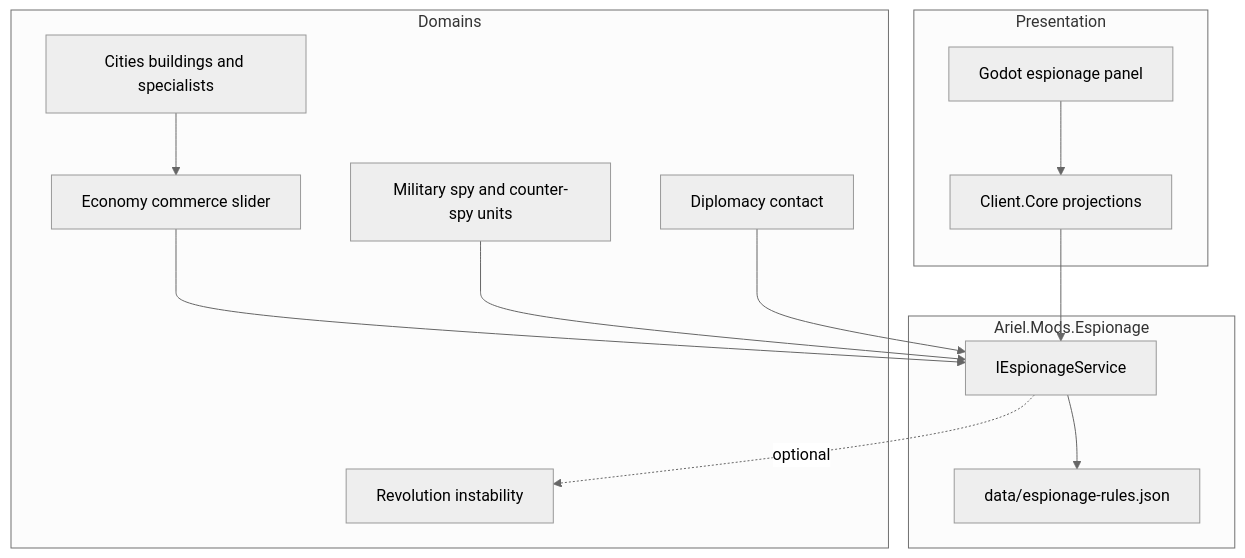
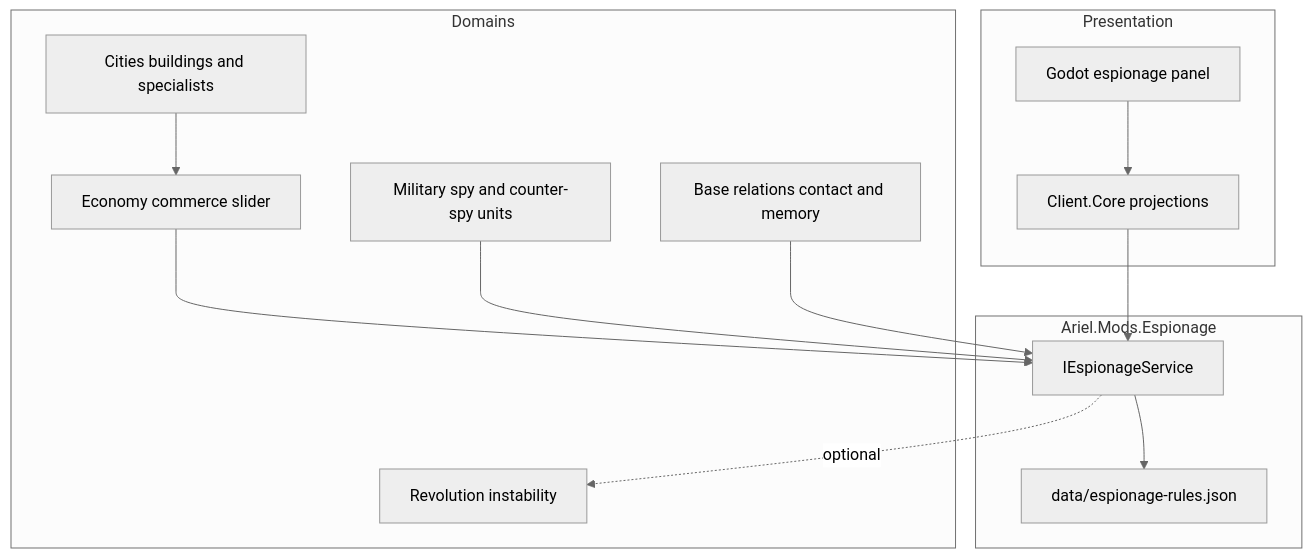
One commit to draxxris/civ changed the diagram in docs/ESPIONAGE.md. Above: the diagram before and after it, drawn with Mermaid (neutral theme). The commit also changed other lines of this file and 91 other files, not shown here.

````diff
--- a/docs/ESPIONAGE.md
+++ b/docs/ESPIONAGE.md
@@ -7,25 +8,25 @@
 ```mermaid
 flowchart TB
     subgraph Presentation
         UI[Godot espionage panel]
         Client[Client.Core projections]
     end
     subgraph Core["Ariel.Mods.Espionage"]
         Service[IEspionageService]
         Rules[data/espionage-rules.json]
     end
     subgraph Domains
         Economy[Economy commerce slider]
         Cities[Cities buildings and specialists]
         Military[Military spy and counter-spy units]
-        Diplomacy[Diplomacy contact]
+        Relations[Base relations contact and memory]
         Revolution[Revolution instability]
     end
     UI --> Client --> Service
     Service --> Rules
     Economy --> Service
     Cities --> Economy
     Military --> Service
-    Diplomacy --> Service
+    Relations --> Service
     Service -.optional.-> Revolution
 ```
````
